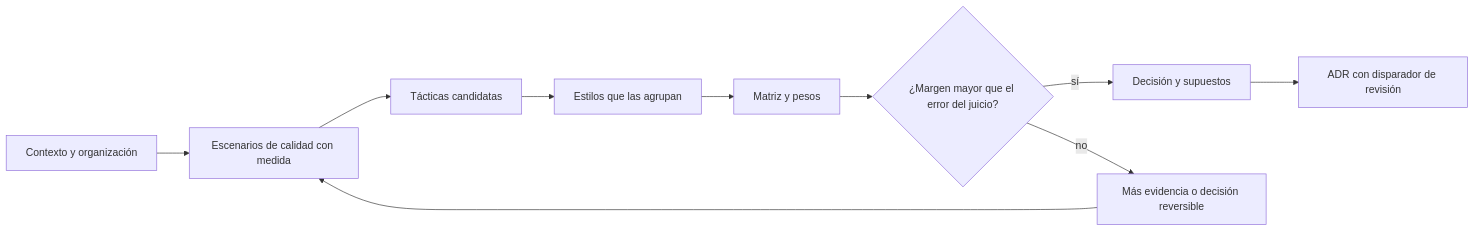
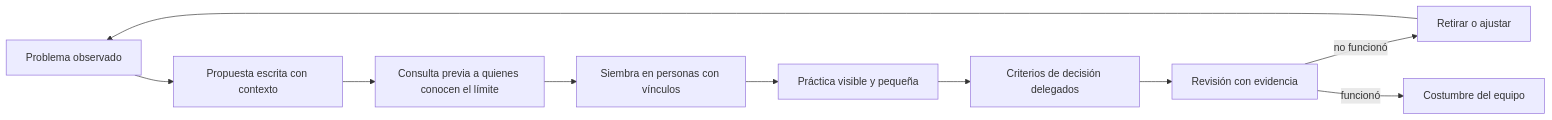
The diagram in content/part-44/SE-529.md (vladimiracunadev-create/modern-software-engineering-program), drawn with Mermaid before and after one commit. The commit also changed other lines of this file and 5193 other files, not shown here.

````diff
--- a/content/part-44/SE-529.md
+++ b/content/part-44/SE-529.md
@@ -58,12 +56,12 @@
 ```mermaid
 flowchart LR
-    A[Contexto y organización] --> B[Escenarios de calidad con medida]
-    B --> C[Tácticas candidatas]
-    C --> D[Estilos que las agrupan]
-    D --> E[Matriz y pesos]
-    E --> F{¿Margen mayor que el error del juicio?}
-    F -->|sí| G[Decisión y supuestos]
-    F -->|no| H[Más evidencia o decisión reversible]
-    G --> I[ADR con disparador de revisión]
-    H --> B
+    A[Problema observado] --> B[Propuesta escrita con contexto]
+    B --> C[Consulta previa a quienes conocen el límite]
+    C --> D[Siembra en personas con vínculos]
+    D --> E[Práctica visible y pequeña]
+    E --> F[Criterios de decisión delegados]
+    F --> G[Revisión con evidencia]
+    G -->|no funcionó| H[Retirar o ajustar]
+    G -->|funcionó| I[Costumbre del equipo]
+    H --> A
 ```
````
